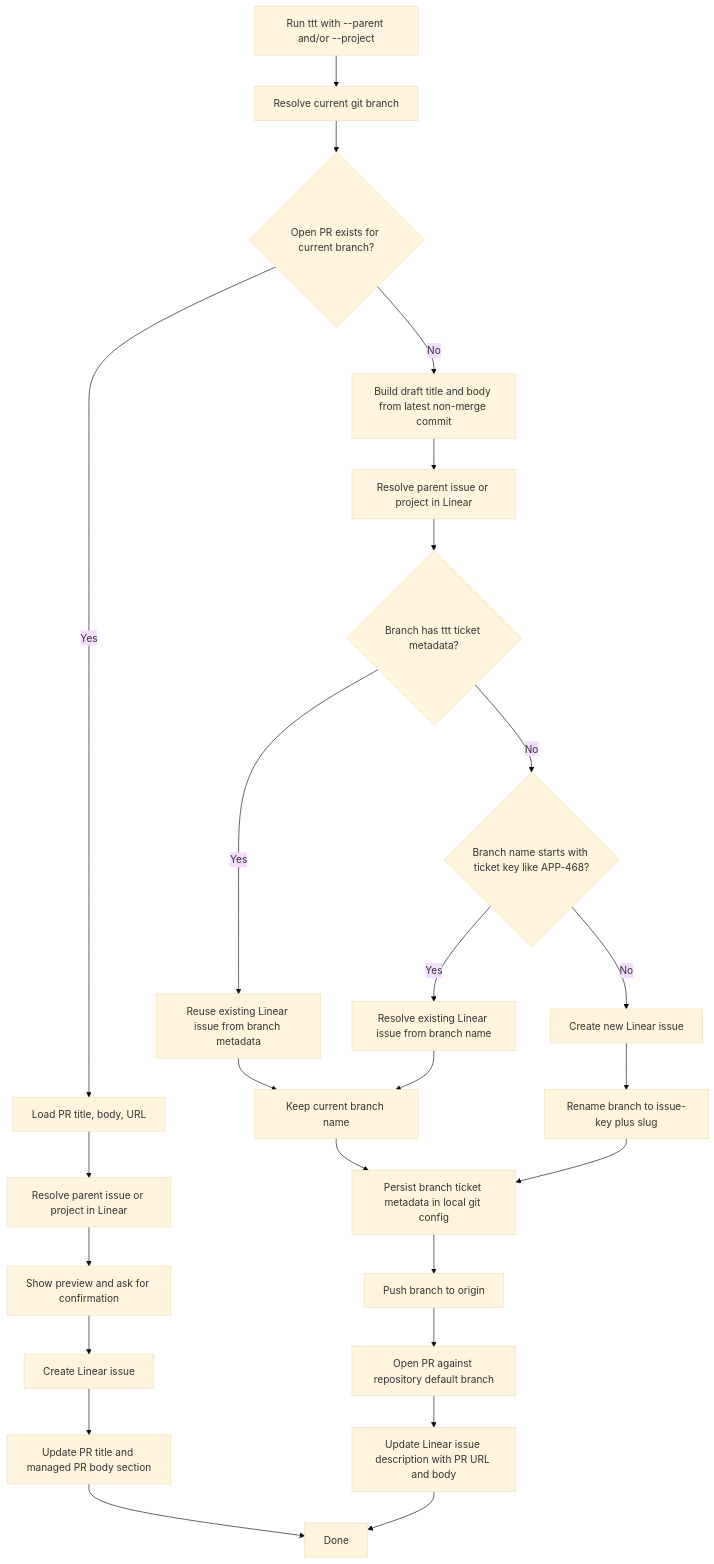
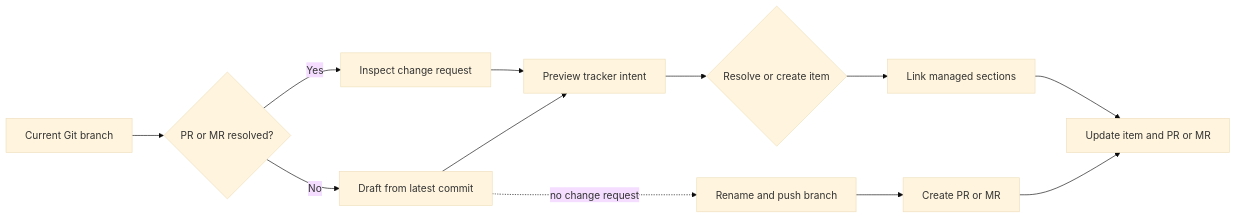
The diagram in README.md (alexkarpandrus/tickettrain), drawn with Mermaid (base theme) before and after one commit. The commit also changed other lines of this file and 1 other file, not shown here.

Commit message:
docs: refresh public project page

````diff
--- a/README.md
+++ b/README.md
@@ -173,32 +142,14 @@
 ```mermaid
-flowchart TD
-    A[Run ttt with --parent and/or --project] --> B[Resolve current git branch]
-    B --> C{Open PR exists for current branch?}
-
-    C -->|Yes| D[Load PR title, body, URL]
-    D --> E[Resolve parent issue or project in Linear]
-    E --> F[Show preview and ask for confirmation]
-    F --> G[Create Linear issue]
-    G --> H[Update PR title and managed PR body section]
-    H --> I[Done]
-
-    C -->|No| J[Build draft title and body from latest non-merge commit]
-    J --> K[Resolve parent issue or project in Linear]
-    K --> L{Branch has ttt ticket metadata?}
-
-    L -->|Yes| M[Reuse existing Linear issue from branch metadata]
-    L -->|No| N{Branch name starts with ticket key like APP-468?}
-    N -->|Yes| O[Resolve existing Linear issue from branch name]
-    N -->|No| P[Create new Linear issue]
-
-    O --> Q[Keep current branch name]
-    M --> Q
-    P --> R[Rename branch to issue-key plus slug]
-
-    Q --> S[Persist branch ticket metadata in local git config]
-    R --> S
-    S --> T[Push branch to origin]
-    T --> U[Open PR against repository default branch]
-    U --> V[Update Linear issue description with PR URL and body]
-    V --> I
+flowchart LR
+    A[Current Git branch] --> B{PR or MR resolved?}
+    B -->|Yes| C[Inspect change request]
+    B -->|No| D[Draft from latest commit]
+    C --> E[Preview tracker intent]
+    D --> E
+    E --> F{Resolve or create item}
+    F --> G[Link managed sections]
+    G --> H[Update item and PR or MR]
+    D -. no change request .-> I[Rename and push branch]
+    I --> J[Create PR or MR]
+    J --> H
 ```
````
